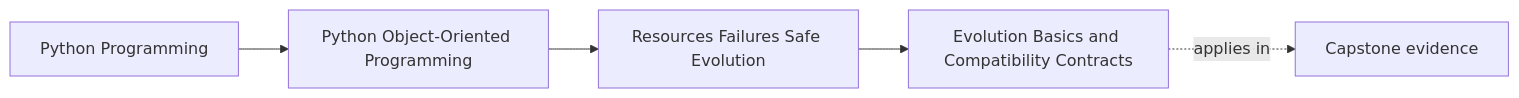
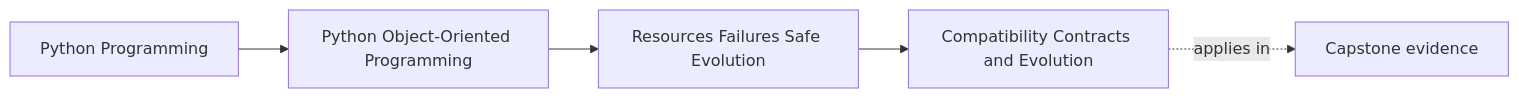
One commit to bijux/bijux-masterclass changed the first of 2 diagrams in programs/python-programming/python-object-oriented-programming/course-book/module-05-resources-failures-safe-evolution/compatibility-contracts-and-evolution.md. Above: the diagram before and after it, drawn with Mermaid. The commit also changed other lines of this file, not shown here.

Commit message:
docs(oop): make compatibility a named promise

````diff
--- a/programs/python-programming/python-object-oriented-programming/course-book/module-05-resources-failures-safe-evolution/compatibility-contracts-and-evolution.md
+++ b/programs/python-programming/python-object-oriented-programming/course-book/module-05-resources-failures-safe-evolution/compatibility-contracts-and-evolution.md
@@ -7,11 +6,11 @@
 ```mermaid
 graph LR
   family["Python Programming"]
   program["Python Object-Oriented Programming"]
   section["Resources Failures Safe Evolution"]
-  page["Evolution Basics and Compatibility Contracts"]
+  page["Compatibility Contracts and Evolution"]
   capstone["Capstone evidence"]
 
   family --> program --> section --> page
   page -.applies in.-> capstone
 ```
````
